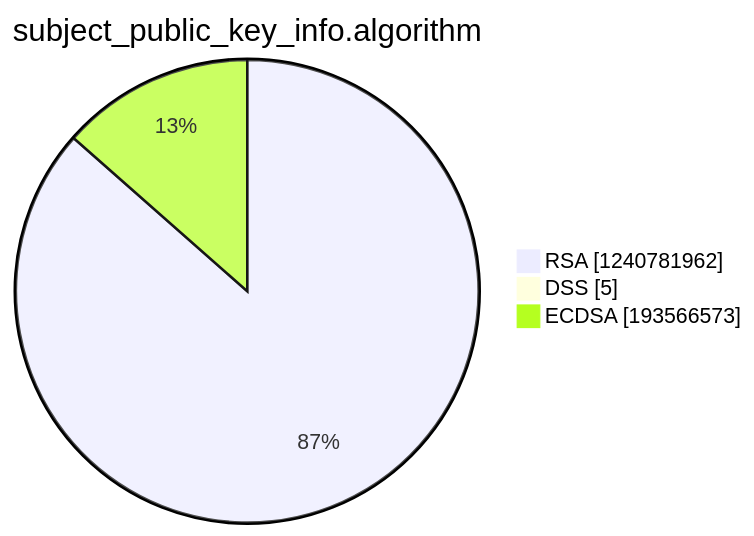
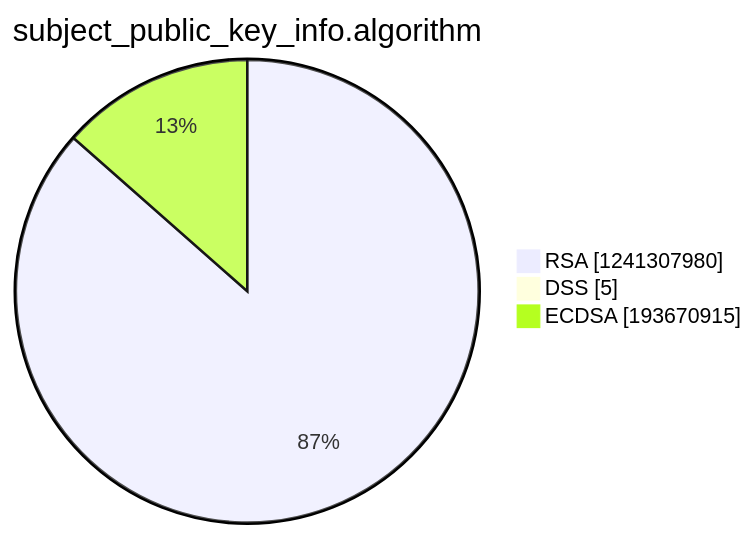
One commit to christiankrug/ctmonitor_visualization changed the third of 15 diagrams in argon2022/README.md. Above: the diagram before and after it, drawn with Mermaid. The commit also changed other lines of this file, not shown here.

````diff
--- a/argon2022/README.md
+++ b/argon2022/README.md
@@ -14,7 +14,7 @@
 ```mermaid
 pie showData
 title subject_public_key_info.algorithm
-"RSA" :1240781962
+"RSA" :1241307980
 "DSS" :5
-"ECDSA" :193566573
+"ECDSA" :193670915
 ```
````
